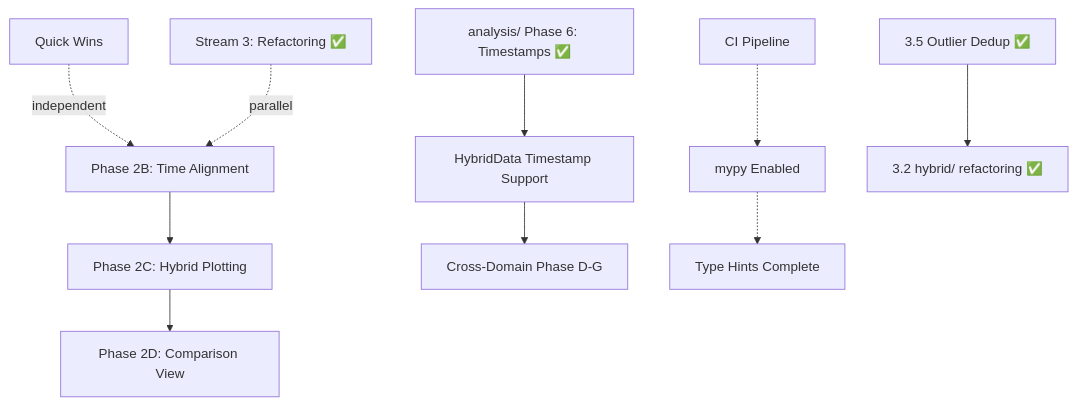
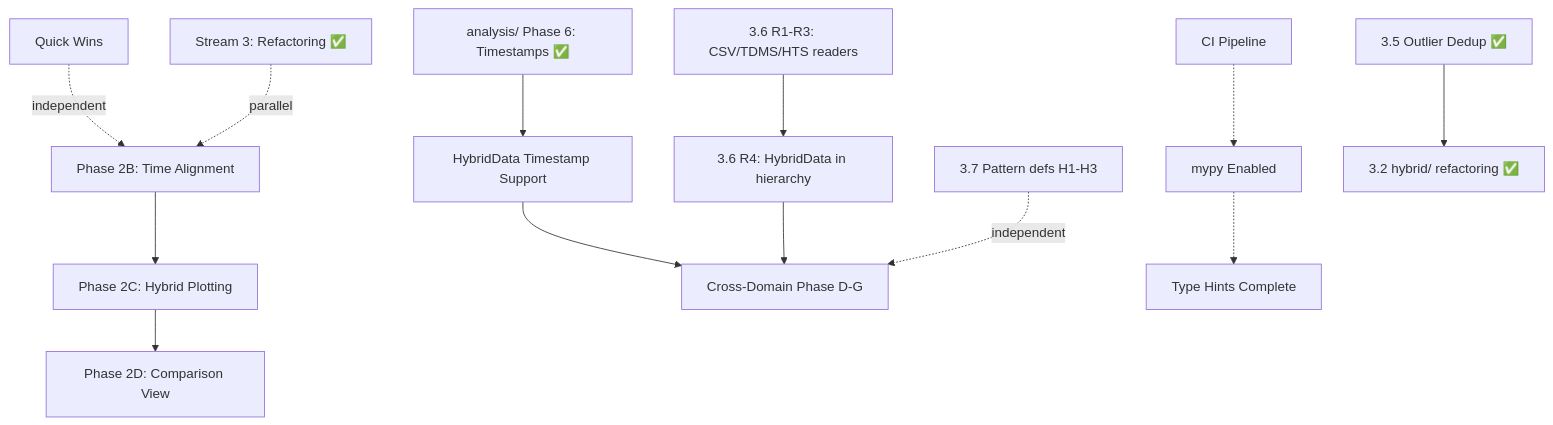
Before and after one commit to MagnetDB/python_magnetrun: the diagram in prompts/ROADMAP.md, drawn with Mermaid. The commit also changed other lines of this file and 5 other files, not shown here.

````diff
--- a/prompts/ROADMAP.md
+++ b/prompts/ROADMAP.md
@@ -258,15 +278,20 @@
 ```mermaid
 graph TD
     A[Phase 2B: Time Alignment] --> B[Phase 2C: Hybrid Plotting]
     B --> C[Phase 2D: Comparison View]
 
     D[analysis/ Phase 6: Timestamps ✅] --> E[HybridData Timestamp Support]
     E --> F[Cross-Domain Phase D-G]
 
-    G[CI Pipeline] -.-> H[mypy Enabled]
-    H -.-> I[Type Hints Complete]
+    R1[3.6 R1-R3: CSV/TDMS/HTS readers] --> R4[3.6 R4: HybridData in hierarchy]
+    R4 --> F
+
+    H1[3.7 Pattern defs H1-H3] -.independent.-> F
+
+    G[CI Pipeline] -.-> HH[mypy Enabled]
+    HH -.-> I[Type Hints Complete]
 
     J[Quick Wins] -.independent.-> A
     K[Stream 3: Refactoring ✅] -.parallel.-> A
     L[3.5 Outlier Dedup ✅] --> M[3.2 hybrid/ refactoring ✅]
 ```
````
